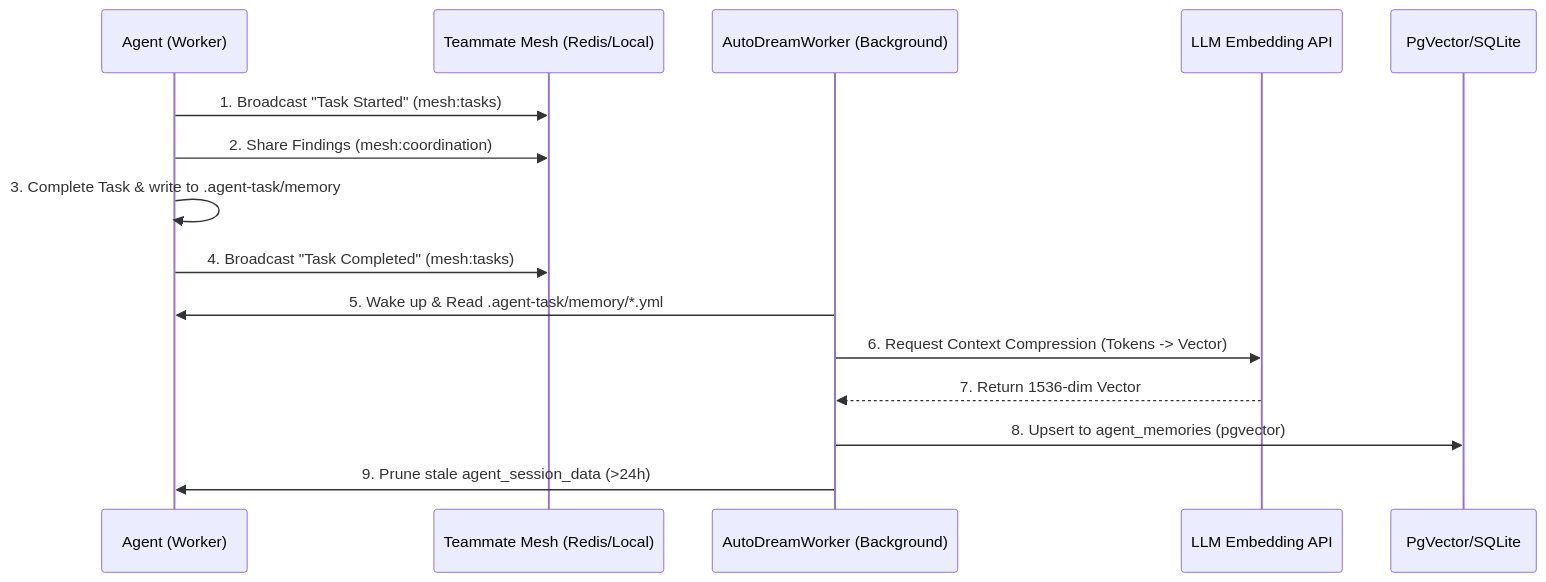
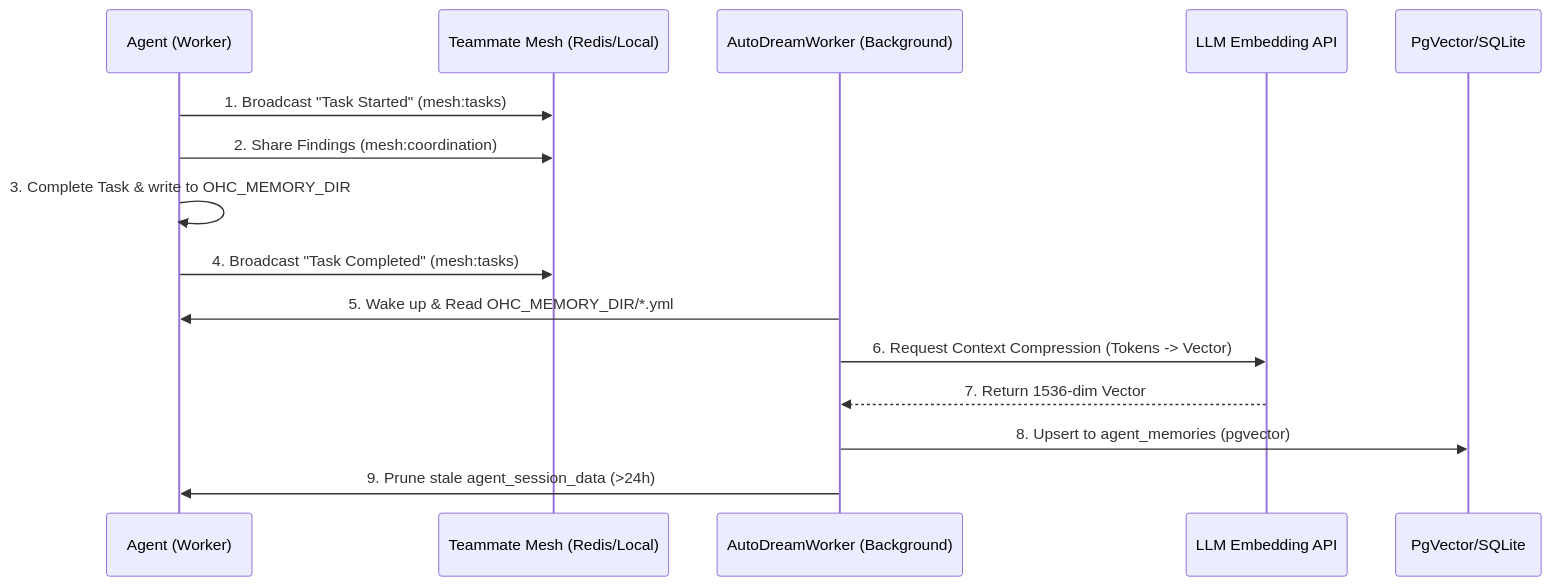
The fourth of 4 diagrams in docs/walkthroughs/help_portal.md (omnisolo-llc/onehumancorp), drawn with Mermaid before and after one commit. The commit also changed 869 other files, not shown here.

````diff
--- a/docs/walkthroughs/help_portal.md
+++ b/docs/walkthroughs/help_portal.md
@@ -77,18 +77,18 @@
 ```mermaid
 sequenceDiagram
     participant Worker as Agent (Worker)
     participant Mesh as Teammate Mesh (Redis/Local)
     participant AutoDream as AutoDreamWorker (Background)
     participant Embed as LLM Embedding API
     participant DB as PgVector/SQLite
 
     Worker->>Mesh: 1. Broadcast "Task Started" (mesh:tasks)
     Worker->>Mesh: 2. Share Findings (mesh:coordination)
-    Worker->>Worker: 3. Complete Task & write to .agent-task/memory
+    Worker->>Worker: 3. Complete Task & write to OHC_MEMORY_DIR
     Worker->>Mesh: 4. Broadcast "Task Completed" (mesh:tasks)
-    AutoDream->>Worker: 5. Wake up & Read .agent-task/memory/*.yml
+    AutoDream->>Worker: 5. Wake up & Read OHC_MEMORY_DIR/*.yml
     AutoDream->>Embed: 6. Request Context Compression (Tokens -> Vector)
     Embed-->>AutoDream: 7. Return 1536-dim Vector
     AutoDream->>DB: 8. Upsert to agent_memories (pgvector)
     AutoDream->>Worker: 9. Prune stale agent_session_data (>24h)
 ```
````
